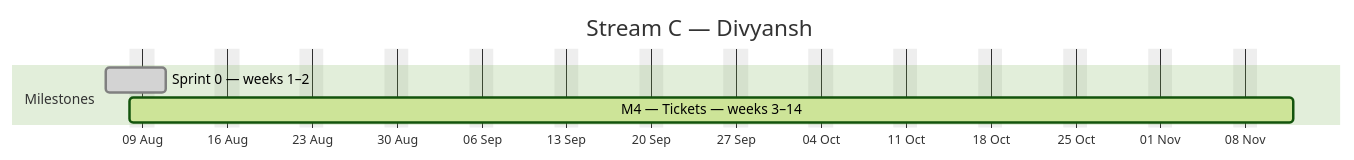
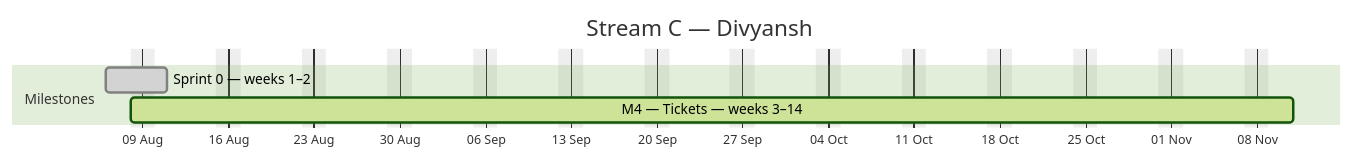
Before and after one commit to debashisedunext/EduTrack: the third of 4 diagrams in docs/plan/GANTT.md, drawn with Mermaid (forest theme). The commit also changed other lines of this file and 2 other files, not shown here.

````diff
--- a/docs/plan/GANTT.md
+++ b/docs/plan/GANTT.md
@@ -147,10 +148,10 @@
 ```mermaid
 gantt
     dateFormat YYYY-MM-DD
     axisFormat %d %b
     title Stream C — Divyansh
     excludes weekends
     section Milestones
     Sprint 0 — weeks 1–2 :done, c0, 2026-08-06, 3d
-    M4 — Tickets — weeks 3–14 :active, c1, 2026-08-08, 69d
+    M4 — Tickets — weeks 3–14 :active, c1, 2026-08-08, 68d
 ```
````
